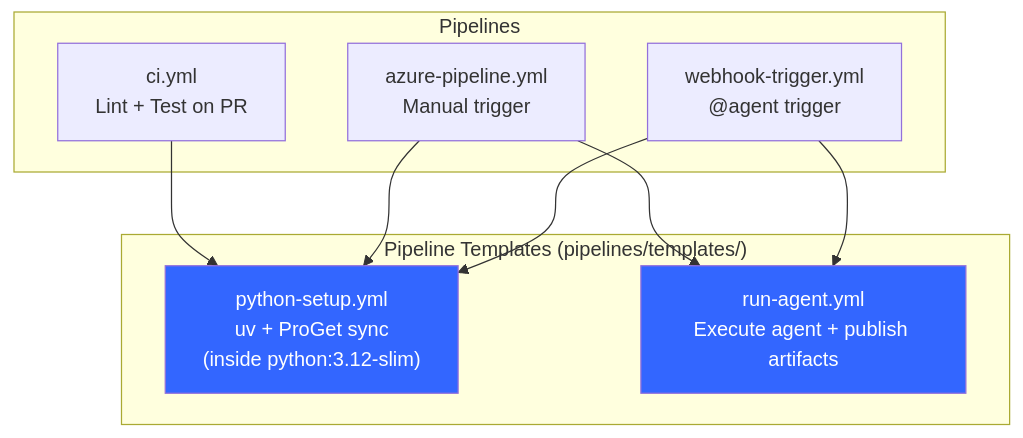
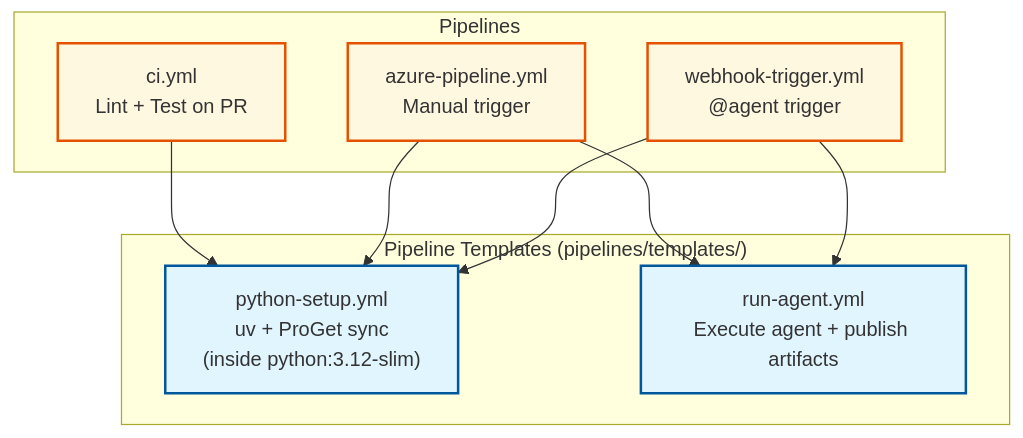
Before and after one commit to victorvos/devops_agent: the fourth of 9 diagrams in README.md, drawn with Mermaid. The commit also changed other lines of this file and 8 other files, not shown here.

First line of the commit message:
Apply team coding standards: Mermaid palette, test structure, workflow guidelines

````diff
--- a/README.md
+++ b/README.md
@@ -144,22 +175,26 @@
 ```mermaid
 graph TB
     subgraph "Pipeline Templates (pipelines/templates/)"
         TPY["python-setup.yml<br/>uv + ProGet sync<br/>(inside python:3.12-slim)"]
         TRA["run-agent.yml<br/>Execute agent + publish artifacts"]
     end
 
     subgraph "Pipelines"
         CI["ci.yml<br/>Lint + Test on PR"]
         MAN["azure-pipeline.yml<br/>Manual trigger"]
         WEB["webhook-trigger.yml<br/>@agent trigger"]
     end
 
     CI --> TPY
     MAN --> TPY
     MAN --> TRA
     WEB --> TPY
     WEB --> TRA
 
-    style TPY fill:#36f,color:#fff
-    style TRA fill:#36f,color:#fff
+    %% Styling
+    style TPY fill:#e1f5fe,stroke:#01579b,stroke-width:2px,color:#black
+    style TRA fill:#e1f5fe,stroke:#01579b,stroke-width:2px,color:#black
+    style CI fill:#fff8e1,stroke:#e65100,stroke-width:2px,color:#black
+    style MAN fill:#fff8e1,stroke:#e65100,stroke-width:2px,color:#black
+    style WEB fill:#fff8e1,stroke:#e65100,stroke-width:2px,color:#black
 ```
````
